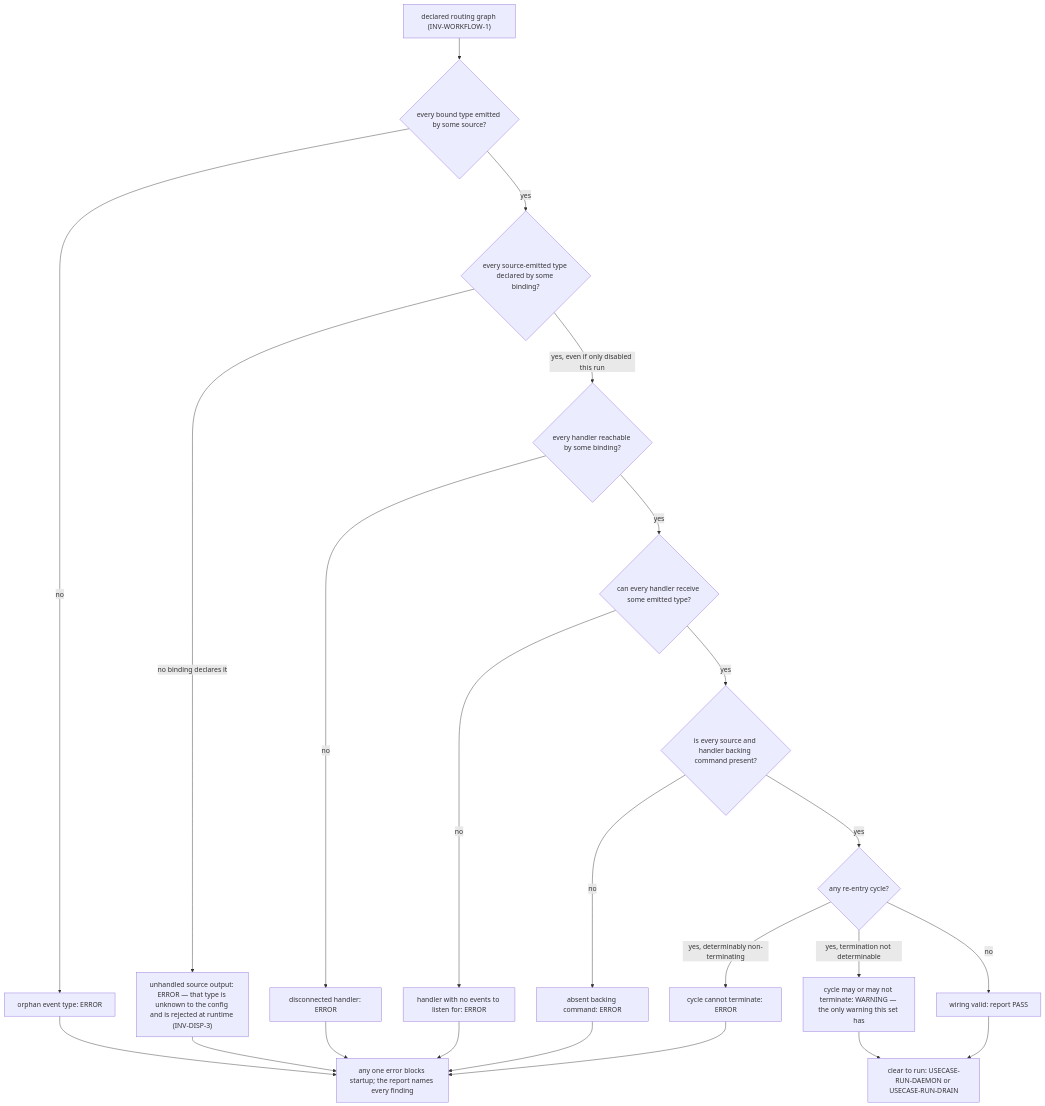
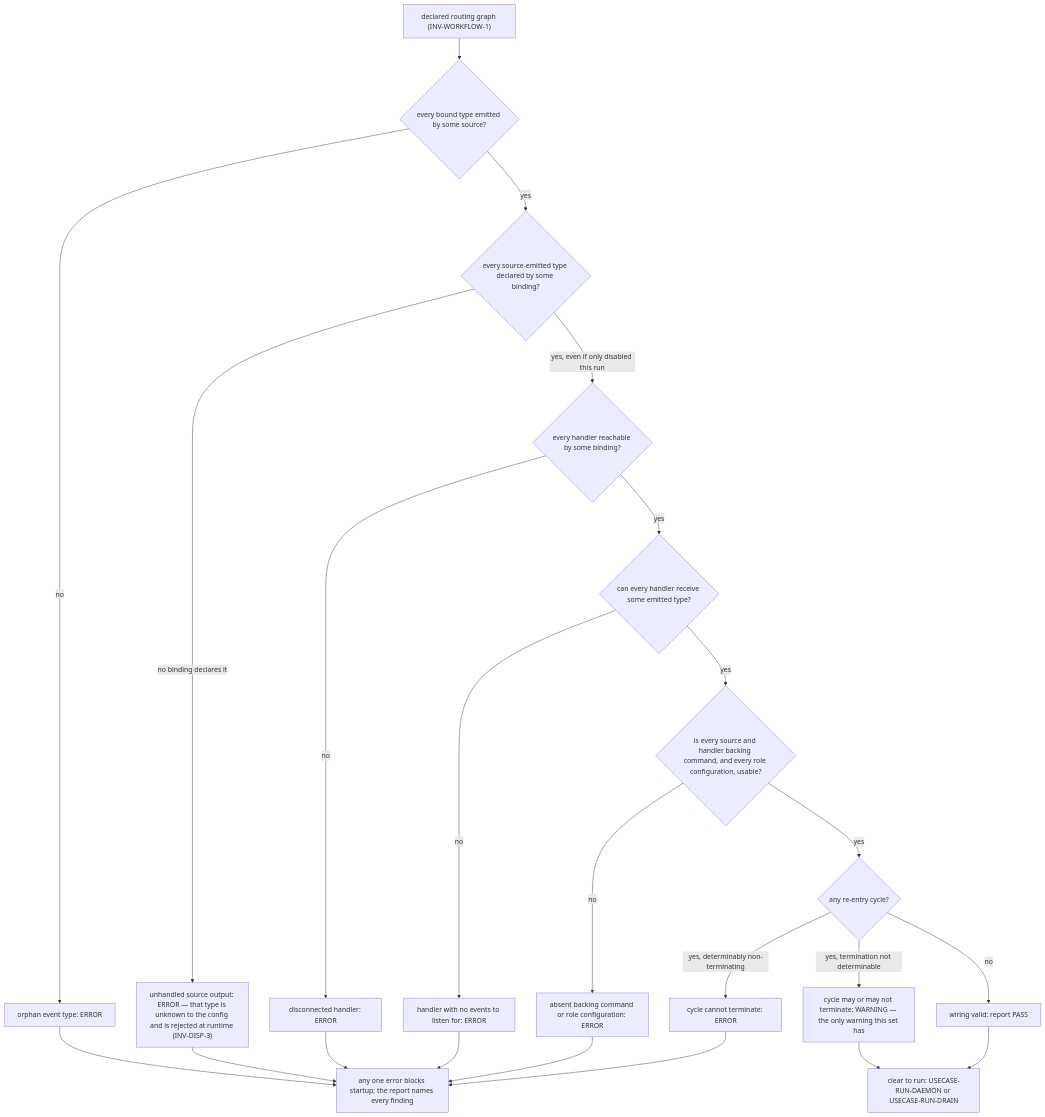
One commit to phillipgreenii/nix-agent-support changed diagram 15 of 19 in packages/pg-router/docs/behavior/journeys.md. Above: the diagram before and after it, drawn with Mermaid. The commit also changed other lines of this file and 9 other files, not shown here.

````diff
--- a/packages/pg-router/docs/behavior/journeys.md
+++ b/packages/pg-router/docs/behavior/journeys.md
@@ -888,25 +910,25 @@
 ```mermaid
 flowchart TD
     wf["declared routing graph (INV-WORKFLOW-1)"] --> c1{"every bound type emitted by some source?"}
     c1 -->|no| e1["orphan event type: ERROR"]
     c1 -->|yes| c2{"every source-emitted type declared by some binding?"}
     c2 -->|"no binding declares it"| e2["unhandled source output: ERROR — that type is unknown to the config and is rejected at runtime (INV-DISP-3)"]
     c2 -->|"yes, even if only disabled this run"| c3{"every handler reachable by some binding?"}
     c3 -->|no| e3["disconnected handler: ERROR"]
     c3 -->|yes| c4{"can every handler receive some emitted type?"}
     c4 -->|no| e4["handler with no events to listen for: ERROR"]
-    c4 -->|yes| c5{"is every source and handler backing command present?"}
-    c5 -->|no| e5["absent backing command: ERROR"]
+    c4 -->|yes| c5{"is every source and handler backing command, and every role configuration, usable?"}
+    c5 -->|no| e5["absent backing command or role configuration: ERROR"]
     c5 -->|yes| c6{"any re-entry cycle?"}
     c6 -->|"yes, determinably non-terminating"| e6["cycle cannot terminate: ERROR"]
     c6 -->|"yes, termination not determinable"| w6["cycle may or may not terminate: WARNING — the only warning this set has"]
     c6 -->|no| ok["wiring valid: report PASS"]
     e1 --> rep["any one error blocks startup; the report names every finding"]
     e2 --> rep
     e3 --> rep
     e4 --> rep
     e5 --> rep
     e6 --> rep
     w6 --> run
     ok --> run["clear to run: USECASE-RUN-DAEMON or USECASE-RUN-DRAIN"]
 ```
````
